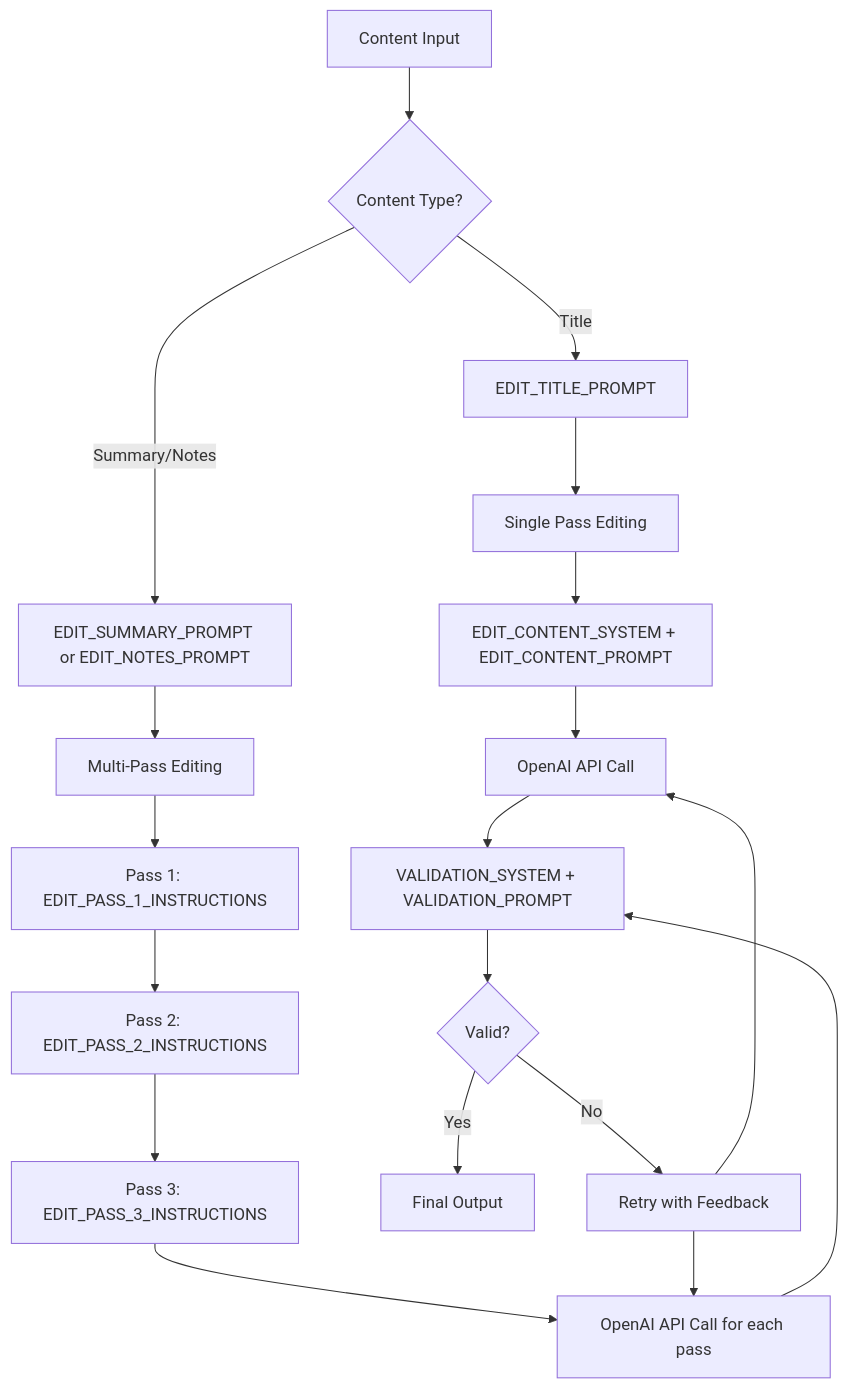
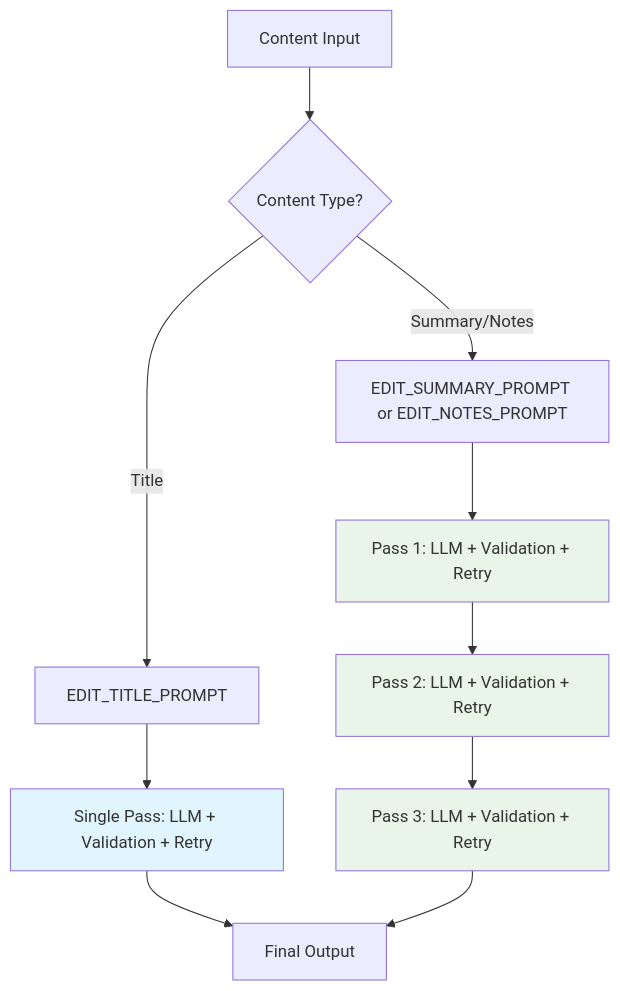
The diagram in README.md (validmind/release-notes), drawn with Mermaid before and after one commit.

Commit message:
Fix mermaid diagram

````diff
--- a/README.md
+++ b/README.md
@@ -38,26 +38,19 @@
 ```mermaid
 graph TD
     A[Content Input] --> B{Content Type?}
     B -->|Title| C[EDIT_TITLE_PROMPT]
     B -->|Summary/Notes| D[EDIT_SUMMARY_PROMPT or EDIT_NOTES_PROMPT]
     
-    C --> E[Single Pass Editing]
-    D --> F[Multi-Pass Editing]
+    C --> E[Single Pass: LLM + Validation + Retry]
+    D --> F[Pass 1: LLM + Validation + Retry]
+    F --> G[Pass 2: LLM + Validation + Retry] 
+    G --> H[Pass 3: LLM + Validation + Retry]
     
-    E --> G[EDIT_CONTENT_SYSTEM + EDIT_CONTENT_PROMPT]
-    F --> H[Pass 1: EDIT_PASS_1_INSTRUCTIONS]
-    H --> I[Pass 2: EDIT_PASS_2_INSTRUCTIONS] 
-    I --> J[Pass 3: EDIT_PASS_3_INSTRUCTIONS]
+    E --> I[Final Output]
+    H --> I
     
-    G --> K[OpenAI API Call]
-    J --> L[OpenAI API Call for each pass]
-    
-    K --> M[VALIDATION_SYSTEM + VALIDATION_PROMPT]
-    L --> M
-    
-    M --> N{Valid?}
-    N -->|Yes| O[Final Output]
-    N -->|No| P[Retry with Feedback]
-    P --> K
-    P --> L
+    style E fill:#e1f5fe
+    style F fill:#e8f5e8
+    style G fill:#e8f5e8
+    style H fill:#e8f5e8
 ```
````
